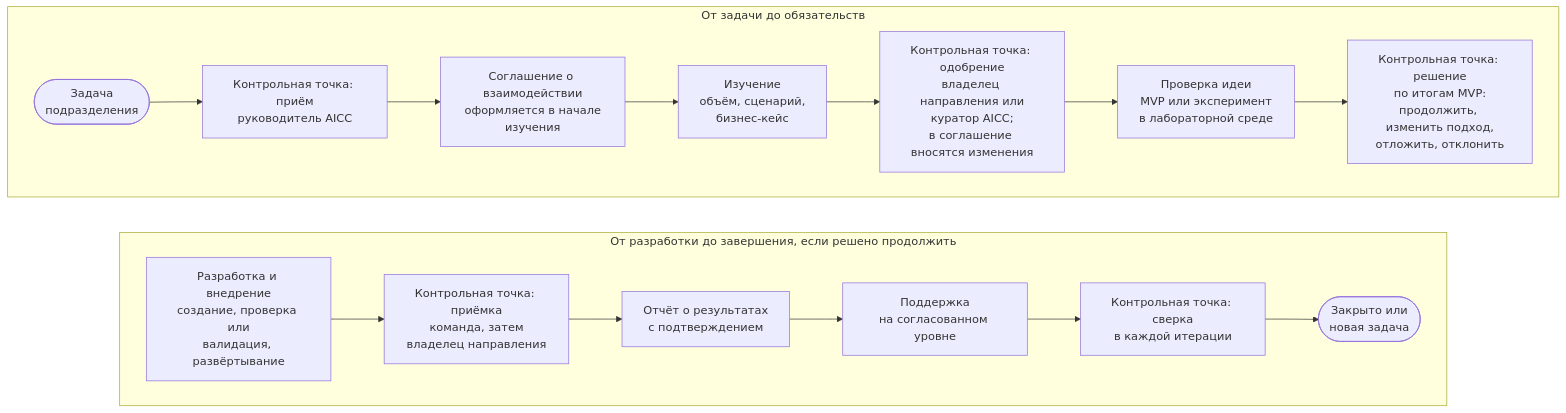
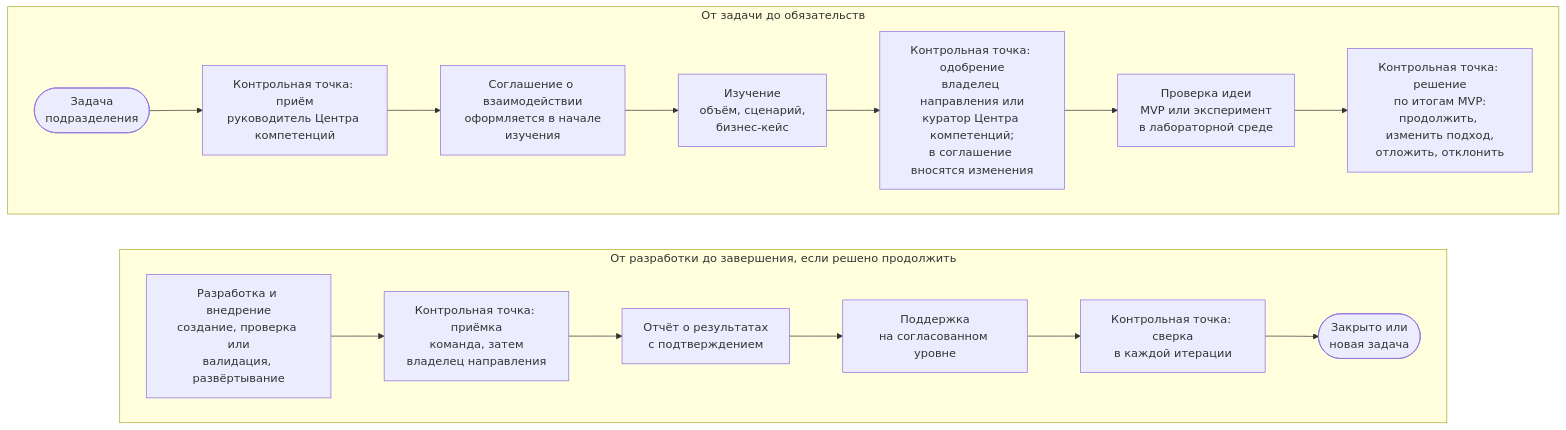
Before and after one commit to devhogu/ob-aicc: the diagram in portal/content/ru/about/how-we-work.md, drawn with Mermaid. The commit also changed other lines of this file and 1149 other files, not shown here.

````diff
--- a/portal/content/ru/about/how-we-work.md
+++ b/portal/content/ru/about/how-we-work.md
@@ -15,21 +15,21 @@
 ```mermaid
 flowchart TB
   subgraph ROW1["От задачи до обязательств"]
     direction LR
-    C(["Задача<br/>подразделения"]) --> G1["Контрольная точка: приём<br/>руководитель AICC"]
+    C(["Задача<br/>подразделения"]) --> G1["Контрольная точка: приём<br/>руководитель Центра компетенций"]
     G1 --> SA["Соглашение о взаимодействии<br/>оформляется в начале<br/>изучения"]
     SA --> ST["Изучение<br/>объём, сценарий,<br/>бизнес-кейс"]
-    ST --> G2["Контрольная точка: одобрение<br/>владелец направления или<br/>куратор AICC;<br/>в соглашение вносятся изменения"]
+    ST --> G2["Контрольная точка: одобрение<br/>владелец направления или<br/>куратор Центра компетенций;<br/>в соглашение вносятся изменения"]
     G2 --> MV["Проверка идеи<br/>MVP или эксперимент<br/>в лабораторной среде"]
     MV --> G3["Контрольная точка: решение<br/>по итогам MVP:<br/>продолжить, изменить подход,<br/>отложить, отклонить"]
   end
   subgraph ROW2["От разработки до завершения, если решено продолжить"]
     direction LR
     DL["Разработка и внедрение<br/>создание, проверка или<br/>валидация, развёртывание"] --> G4["Контрольная точка: приёмка<br/>команда, затем<br/>владелец направления"]
     G4 --> OR["Отчёт о результатах<br/>с подтверждением"]
     OR --> SP["Поддержка<br/>на согласованном уровне"]
     SP --> G5["Контрольная точка: сверка<br/>в каждой итерации"]
     G5 --> E(["Закрыто или<br/>новая задача"])
   end
   ROW1 ~~~ ROW2
 ```
````
